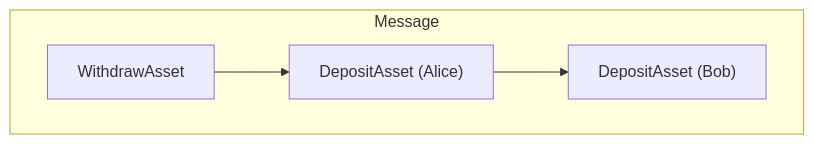
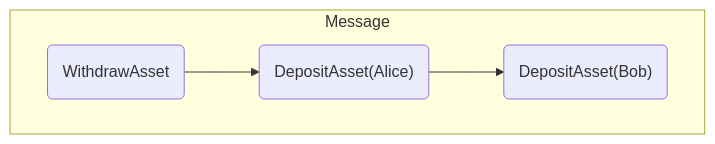
Before and after one commit to Polkadot-Blockchain-Academy/pba-content: the first of 20 diagrams in syllabus/7-XCM/1-Core_Concepts_of_XCM/Core_Concepts_of_XCM_slides.md, drawn with Mermaid. The commit also changed other lines of this file and 1 other file, not shown here.

Commit message:
Change mermaidjs theme

````diff
--- a/syllabus/7-XCM/1-Core_Concepts_of_XCM/Core_Concepts_of_XCM_slides.md
+++ b/syllabus/7-XCM/1-Core_Concepts_of_XCM/Core_Concepts_of_XCM_slides.md
@@ -155,7 +155,7 @@
 ```mermaid
 graph TD
     subgraph Message
-        WithdrawAsset-->DepositAlice["DepositAsset (Alice)"]
-        DepositAlice-->DepositBob["DepositAsset (Bob)"]
+        WithdrawAsset(WithdrawAsset)-->DepositAlice("DepositAsset(Alice)")
+        DepositAlice-->DepositBob("DepositAsset(Bob)")
     end
 ```
````
